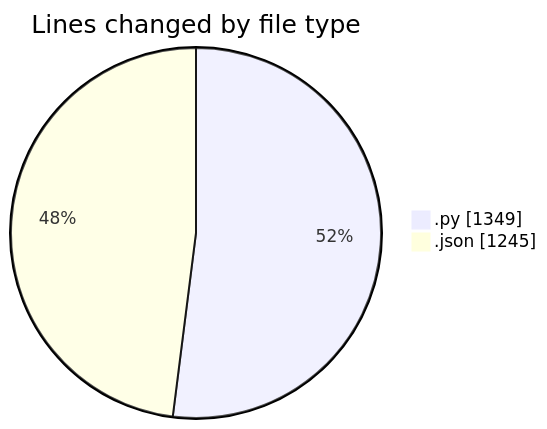
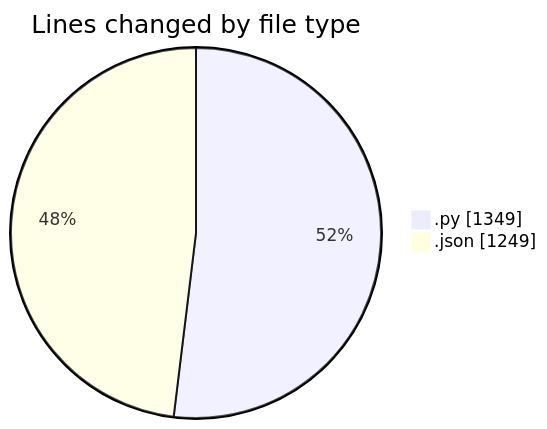
The first of 2 diagrams in 2025-07-28/refunds/README.md (EIIisD/code-tracking), drawn with Mermaid before and after one commit. The commit also changed other lines of this file and 1 other file, not shown here.

````diff
--- a/2025-07-28/refunds/README.md
+++ b/2025-07-28/refunds/README.md
@@ -22,6 +22,6 @@
 ```mermaid
 pie showData
 title Lines changed by file type
 ".py" : 1349
-".json" : 1245
+".json" : 1249
 ```
````
